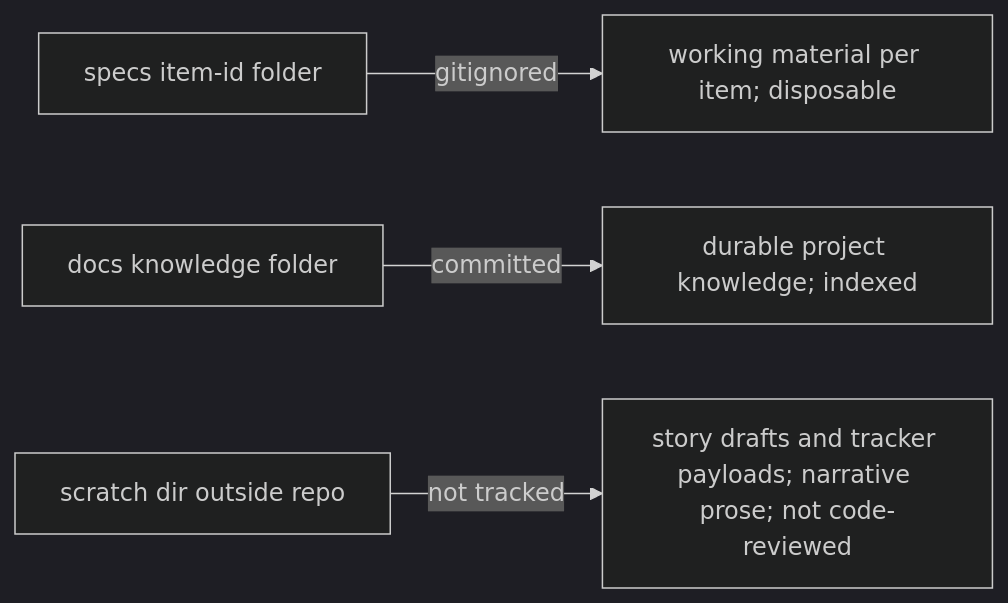
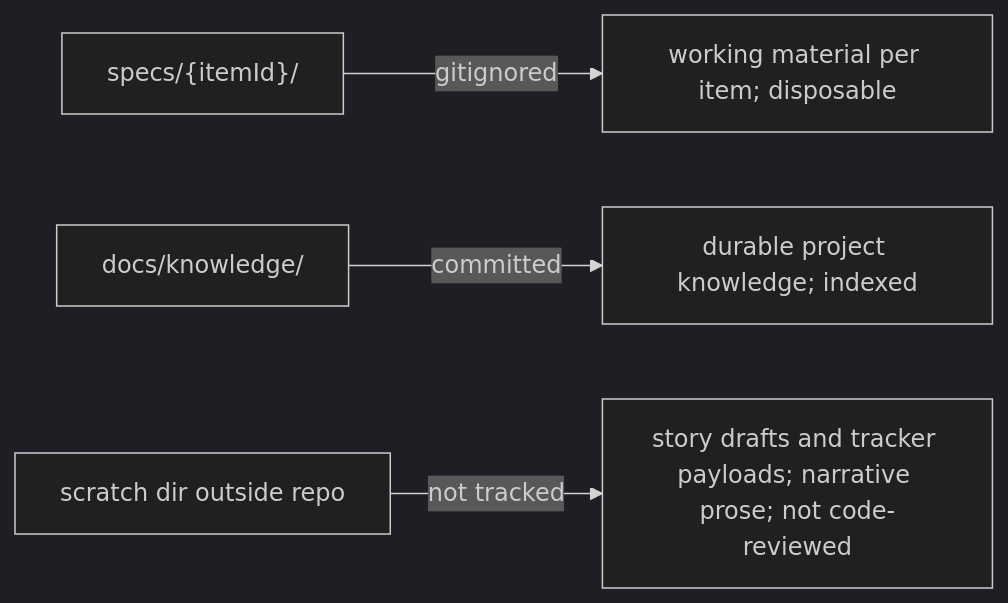
One commit to Schenz/claude-spec-workflow changed the second of 2 diagrams in README.md. Above: the diagram before and after it, drawn with Mermaid (dark theme). The commit also changed other lines of this file, not shown here.

````diff
--- a/README.md
+++ b/README.md
@@ -180,6 +185,6 @@
 ```mermaid
 flowchart LR
-  S[specs item-id folder] -->|gitignored| S1[working material per item; disposable]
-  K[docs knowledge folder] -->|committed| K1[durable project knowledge; indexed]
+  S[specs/#123;itemId#125;/] -->|gitignored| S1[working material per item; disposable]
+  K[docs/knowledge/] -->|committed| K1[durable project knowledge; indexed]
   R[scratch dir outside repo] -->|not tracked| R1[story drafts and tracker payloads; narrative prose; not code-reviewed]
 ```
````
